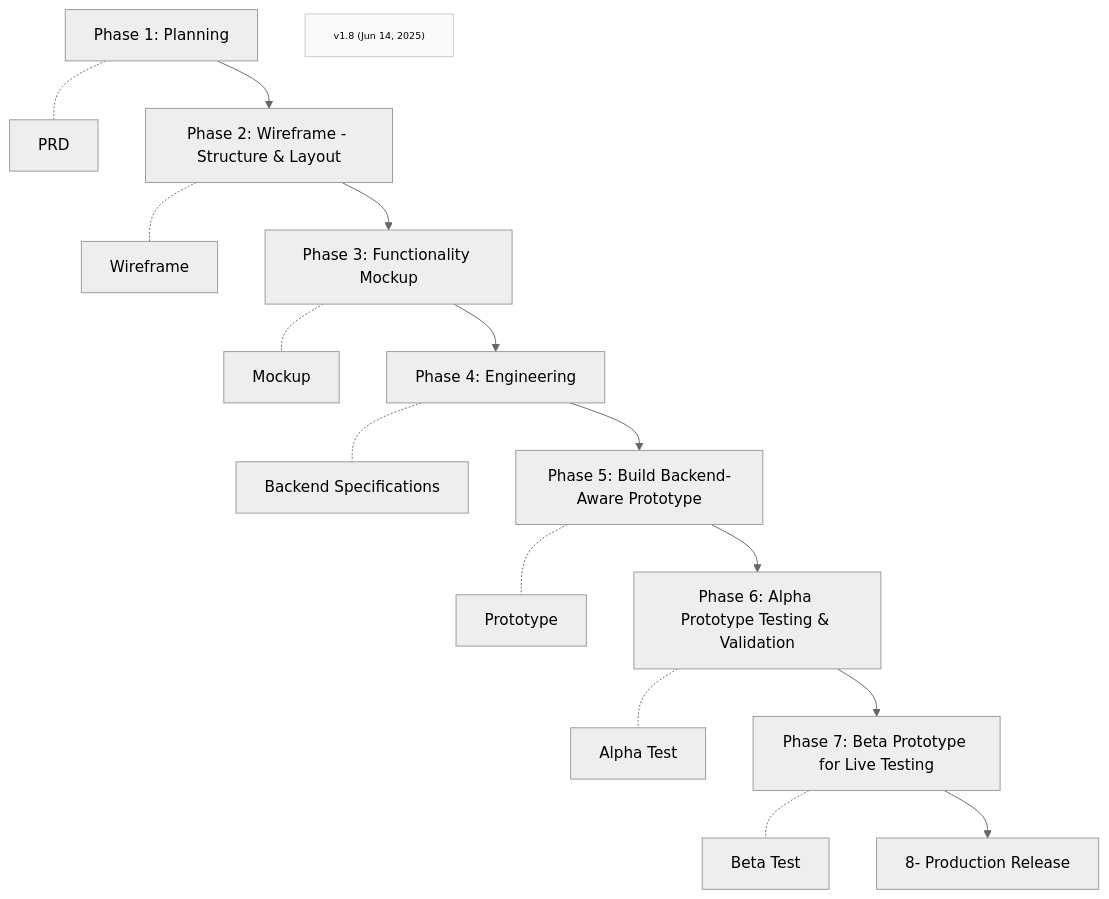
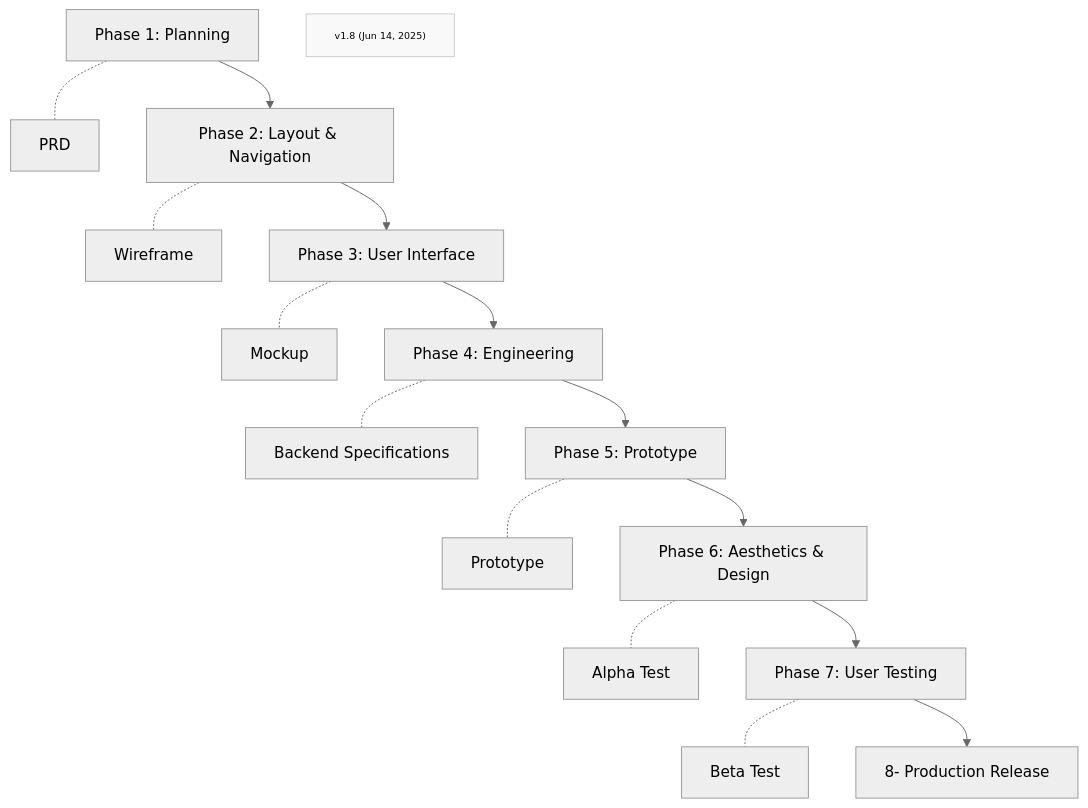
One commit to Mharbulous/Front-First-Method changed the first of 2 diagrams in Phases/FF-overview.md. Above: the diagram before and after it, drawn with Mermaid (neutral theme). The commit also changed 7 other files, not shown here.

````diff
--- a/Phases/FF-overview.md
+++ b/Phases/FF-overview.md
@@ -1,27 +1,27 @@
 ```mermaid
 graph TD
     
     Phase1["Phase 1: Planning"] -.- PRD["PRD"]
-    Phase1 --> Phase2["Phase 2: Wireframe - Structure & Layout"]
+    Phase1 --> Phase2["Phase 2: Layout & Navigation"]
     Phase2 -.- Wireframe["Wireframe"]
-    Phase2 --> Phase3["Phase 3: Functionality Mockup"]
+    Phase2 --> Phase3["Phase 3: User Interface"]
     Phase3 -.- Mockup["Mockup"]
     Phase3 --> Phase4["Phase 4: Engineering"]
     Phase4 -.- Specs["Backend Specifications"]
-    Phase4 --> Phase5["Phase 5: Build Backend-Aware Prototype"]
+    Phase4 --> Phase5["Phase 5: Prototype"]
     Phase5 -.- Prototype["Prototype"]
-    Phase5 --> Phase6["Phase 6: Alpha Prototype Testing & Validation"]    
+    Phase5 --> Phase6["Phase 6: Aesthetics & Design"]    
     
     Phase6 -.- Alpha["Alpha Test"]
 
-    Phase6 --> Phase7["Phase 7: Beta Prototype for Live Testing"]    
+    Phase6 --> Phase7["Phase 7: User Testing"]    
     Phase7 -.- Beta["Beta Test"]  
     Phase7 --> Production["8- Production Release"]
 
     
     
 
     VersionInfo["v1.8 (Jun 14, 2025)"]
     classDef version fill:#f9f9f9,stroke:#ccc,font-size:10px;
     class VersionInfo version
 ```
````
